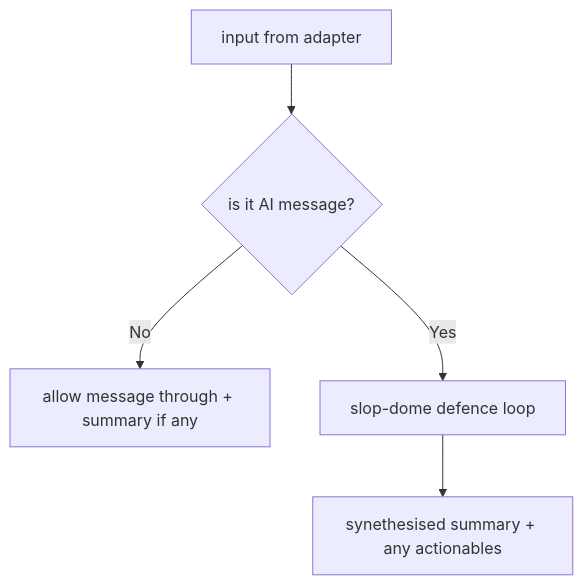
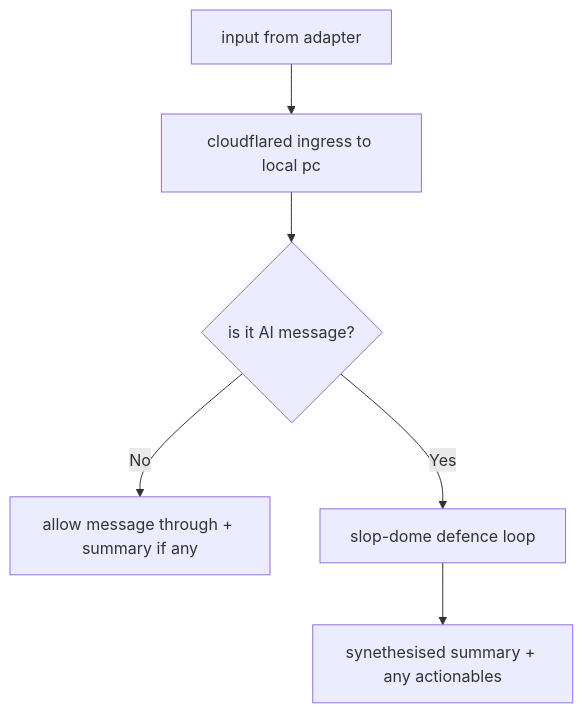
One commit to seanjin97/slop-dome changed the diagram in ARCHITECTURE.md. Above: the diagram before and after it, drawn with Mermaid. The commit also changed 3 other files, not shown here.

Commit message:
add cloudflared ingress

````diff
--- a/ARCHITECTURE.md
+++ b/ARCHITECTURE.md
@@ -9,9 +9,10 @@
 ```mermaid
 flowchart TD
-    A[input from adapter] --> B{is it AI message?}
-    B -- No --> C[allow message through + summary if any]
-    B -- Yes --> D[slop-dome defence loop]
-    D --> E[synethesised summary + any actionables]
+    A[input from adapter] --> B[cloudflared ingress to local pc]
+    B --> C{is it AI message?}
+    C -- No --> D[allow message through + summary if any]
+    C -- Yes --> E[slop-dome defence loop]
+    E --> F[synethesised summary + any actionables]
 
 
 ```
````
